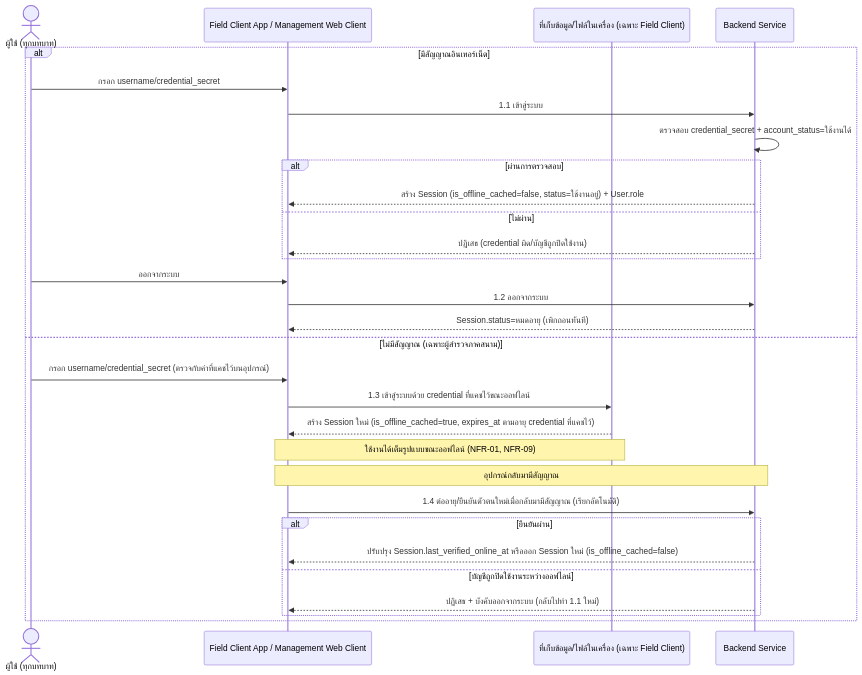
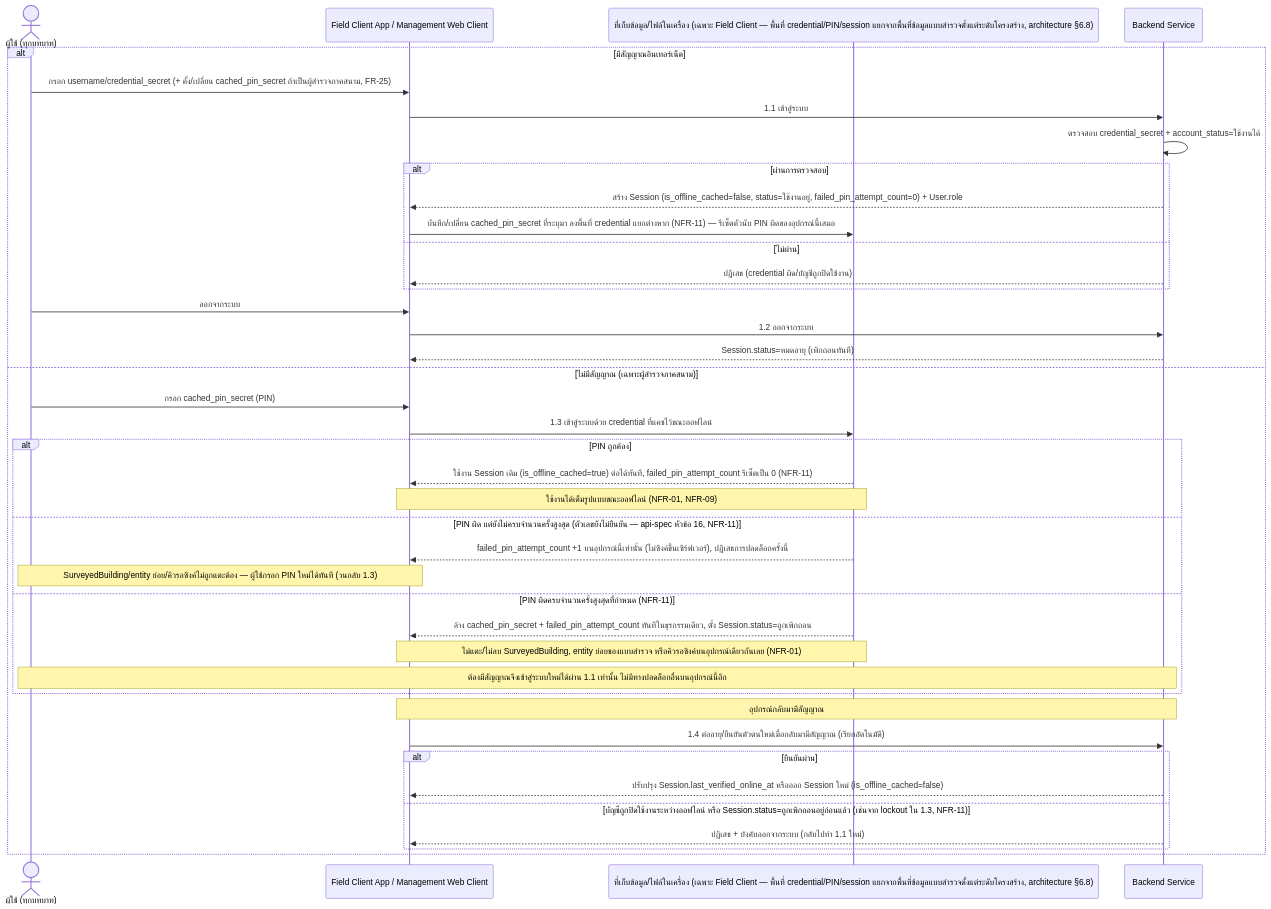
The first of 2 diagrams in docs/02-design/02-technical/detailed-design/authentication-login.md (sirikorn-cmru/CrackAI-Field), drawn with Mermaid before and after one commit. The commit also changed other lines of this file and 1 other file, not shown here.

First line of the commit message:
docs: detailed-design รองรับ NFR-11 (ชั้น 3/4)

````diff
--- a/docs/02-design/02-technical/detailed-design/authentication-login.md
+++ b/docs/02-design/02-technical/detailed-design/authentication-login.md
@@ -9,33 +11,43 @@
 ```mermaid
 sequenceDiagram
     actor U as ผู้ใช้ (ทุกบทบาท)
     participant FC as Field Client App / Management Web Client
-    participant Local as ที่เก็บข้อมูล/ไฟล์ในเครื่อง (เฉพาะ Field Client)
+    participant Local as ที่เก็บข้อมูล/ไฟล์ในเครื่อง (เฉพาะ Field Client — พื้นที่ credential/PIN/session แยกจากพื้นที่ข้อมูลแบบสำรวจตั้งแต่ระดับโครงสร้าง, architecture §6.8)
     participant BE as Backend Service
 
     alt มีสัญญาณอินเทอร์เน็ต
-        U->>FC: กรอก username/credential_secret
+        U->>FC: กรอก username/credential_secret (+ ตั้ง/เปลี่ยน cached_pin_secret ถ้าเป็นผู้สำรวจภาคสนาม, FR-25)
         FC->>BE: 1.1 เข้าสู่ระบบ
         BE->>BE: ตรวจสอบ credential_secret + account_status=ใช้งานได้
         alt ผ่านการตรวจสอบ
-            BE-->>FC: สร้าง Session (is_offline_cached=false, status=ใช้งานอยู่) + User.role
+            BE-->>FC: สร้าง Session (is_offline_cached=false, status=ใช้งานอยู่, failed_pin_attempt_count=0) + User.role
+            FC->>Local: บันทึก/เปลี่ยน cached_pin_secret ที่ระบุมา ลงพื้นที่ credential แยกต่างหาก (NFR-11) — รีเซ็ตตัวนับ PIN ผิดของอุปกรณ์นี้เสมอ
         else ไม่ผ่าน
             BE-->>FC: ปฏิเสธ (credential ผิด/บัญชีถูกปิดใช้งาน)
         end
         U->>FC: ออกจากระบบ
         FC->>BE: 1.2 ออกจากระบบ
         BE-->>FC: Session.status=หมดอายุ (เพิกถอนทันที)
     else ไม่มีสัญญาณ (เฉพาะผู้สำรวจภาคสนาม)
-        U->>FC: กรอก username/credential_secret (ตรวจกับค่าที่แคชไว้บนอุปกรณ์)
+        U->>FC: กรอก cached_pin_secret (PIN)
         FC->>Local: 1.3 เข้าสู่ระบบด้วย credential ที่แคชไว้ขณะออฟไลน์
-        Local-->>FC: สร้าง Session ใหม่ (is_offline_cached=true, expires_at ตามอายุ credential ที่แคชไว้)
-        Note over FC,Local: ใช้งานได้เต็มรูปแบบขณะออฟไลน์ (NFR-01, NFR-09)
+        alt PIN ถูกต้อง
+            Local-->>FC: ใช้งาน Session เดิม (is_offline_cached=true) ต่อได้ทันที, failed_pin_attempt_count รีเซ็ตเป็น 0 (NFR-11)
+            Note over FC,Local: ใช้งานได้เต็มรูปแบบขณะออฟไลน์ (NFR-01, NFR-09)
+        else PIN ผิด แต่ยังไม่ครบจำนวนครั้งสูงสุด (ตัวเลขยังไม่ยืนยัน — api-spec หัวข้อ 16, NFR-11)
+            Local-->>FC: failed_pin_attempt_count +1 บนอุปกรณ์นี้เท่านั้น (ไม่ซิงค์ขึ้นเซิร์ฟเวอร์), ปฏิเสธการปลดล็อกครั้งนี้
+            Note over U,FC: SurveyedBuilding/entity ย่อย/คิวรอซิงค์ไม่ถูกแตะต้อง — ผู้ใช้กรอก PIN ใหม่ได้ทันที (วนกลับ 1.3)
+        else PIN ผิดครบจำนวนครั้งสูงสุดที่กำหนด (NFR-11)
+            Local-->>FC: ล้าง cached_pin_secret + failed_pin_attempt_count ทันทีในธุรกรรมเดียว, ตั้ง Session.status=ถูกเพิกถอน
+            Note over FC,Local: ไม่แตะ/ไม่ลบ SurveyedBuilding, entity ย่อยของแบบสำรวจ หรือคิวรอซิงค์บนอุปกรณ์เดียวกันเลย (NFR-01)
+            Note over U,BE: ต้องมีสัญญาณจึงเข้าสู่ระบบใหม่ได้ผ่าน 1.1 เท่านั้น ไม่มีทางปลดล็อกอื่นบนอุปกรณ์นี้อีก
+        end
         Note over FC,BE: อุปกรณ์กลับมามีสัญญาณ
         FC->>BE: 1.4 ต่ออายุ/ยืนยันตัวตนใหม่เมื่อกลับมามีสัญญาณ (เรียกอัตโนมัติ)
         alt ยืนยันผ่าน
             BE-->>FC: ปรับปรุง Session.last_verified_online_at หรือออก Session ใหม่ (is_offline_cached=false)
-        else บัญชีถูกปิดใช้งานระหว่างออฟไลน์
+        else บัญชีถูกปิดใช้งานระหว่างออฟไลน์ หรือ Session.status=ถูกเพิกถอนอยู่ก่อนแล้ว (เช่นจาก lockout ใน 1.3, NFR-11)
             BE-->>FC: ปฏิเสธ + บังคับออกจากระบบ (กลับไปทำ 1.1 ใหม่)
         end
     end
 ```
````
